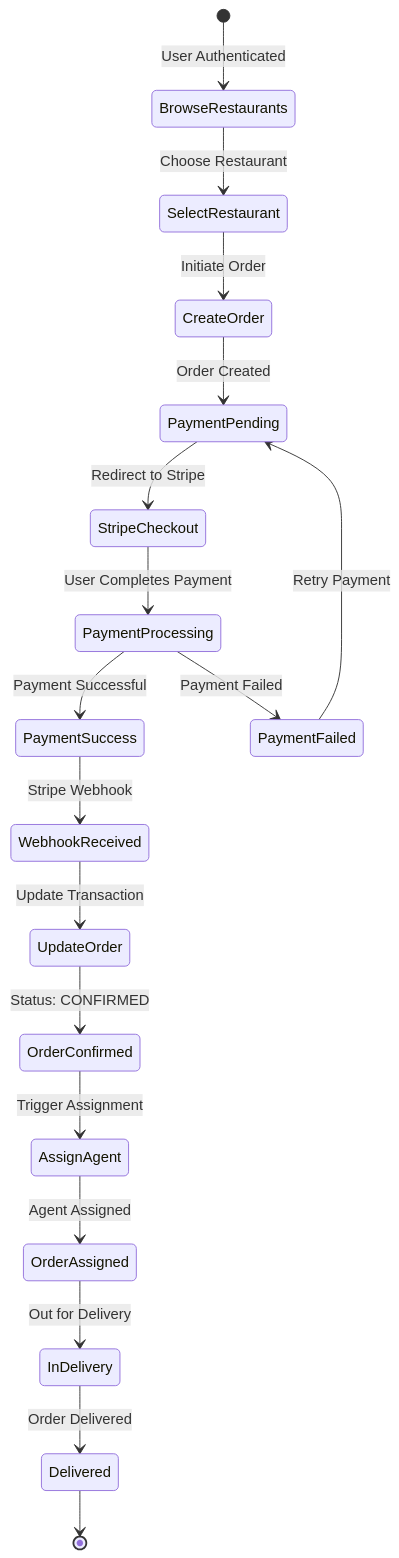
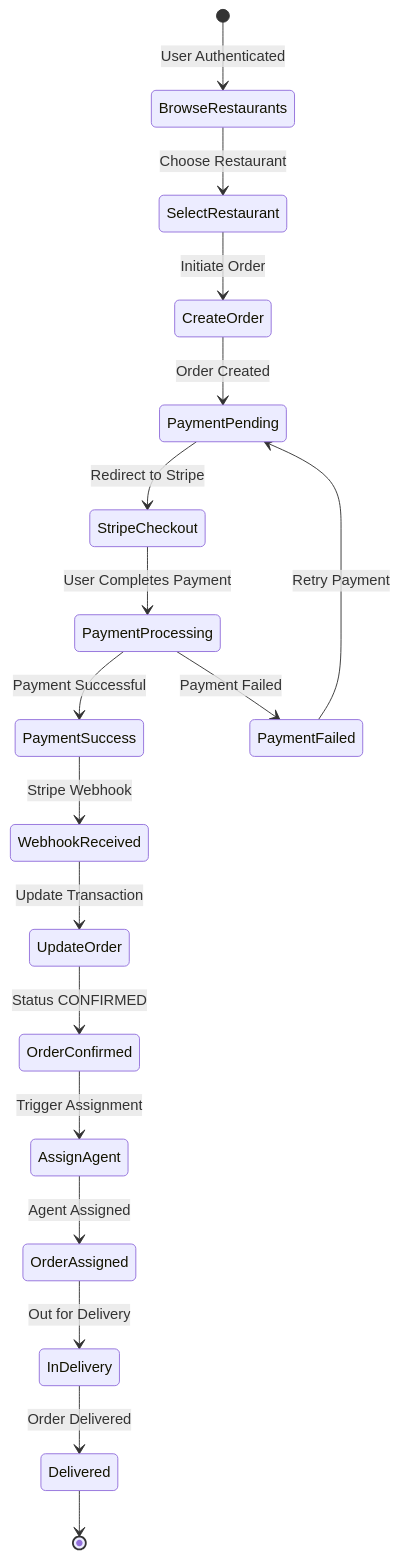
The third of 3 diagrams in readme.md (Varunshiyam/QUICK-PLATE-CRM), drawn with Mermaid before and after one commit. The commit also changed other lines of this file, not shown here.

Commit message:
docs: premium README redesign with modular sections, Salesforce architecture, and animated contributors showcase

````diff
--- a/readme.md
+++ b/readme.md
@@ -466,25 +770,25 @@
 ```mermaid
 stateDiagram-v2
     [*] --> BrowseRestaurants: User Authenticated
     BrowseRestaurants --> SelectRestaurant: Choose Restaurant
     SelectRestaurant --> CreateOrder: Initiate Order
     CreateOrder --> PaymentPending: Order Created
     
     PaymentPending --> StripeCheckout: Redirect to Stripe
     StripeCheckout --> PaymentProcessing: User Completes Payment
     
     PaymentProcessing --> PaymentSuccess: Payment Successful
     PaymentProcessing --> PaymentFailed: Payment Failed
     
     PaymentSuccess --> WebhookReceived: Stripe Webhook
     WebhookReceived --> UpdateOrder: Update Transaction
-    UpdateOrder --> OrderConfirmed: Status: CONFIRMED
+    UpdateOrder --> OrderConfirmed: Status CONFIRMED
     
     OrderConfirmed --> AssignAgent: Trigger Assignment
     AssignAgent --> OrderAssigned: Agent Assigned
     OrderAssigned --> InDelivery: Out for Delivery
     InDelivery --> Delivered: Order Delivered
     Delivered --> [*]
     
     PaymentFailed --> PaymentPending: Retry Payment
 ```
````
